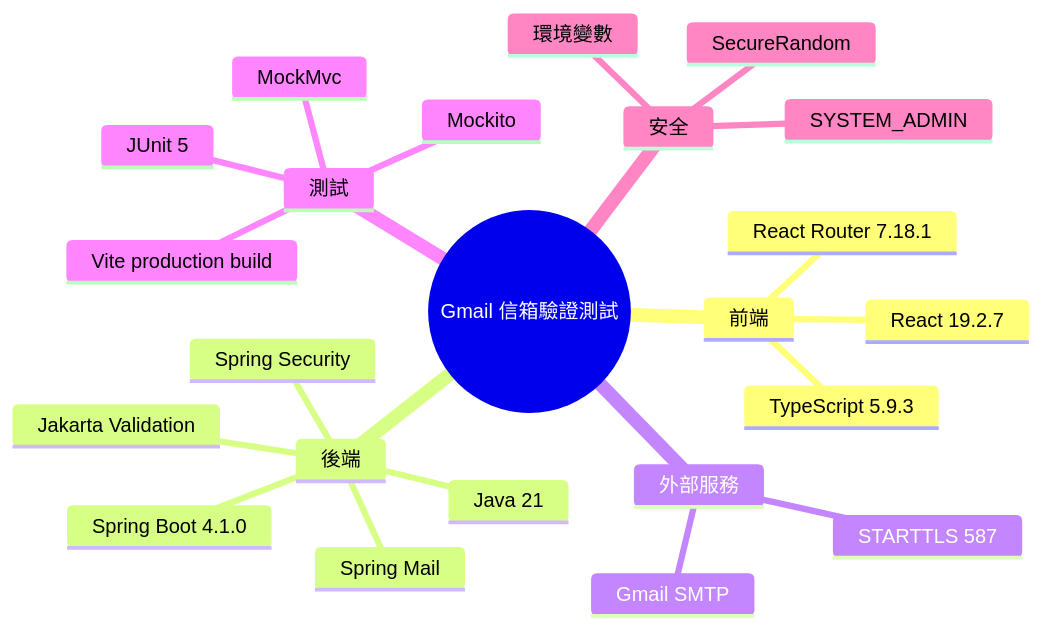
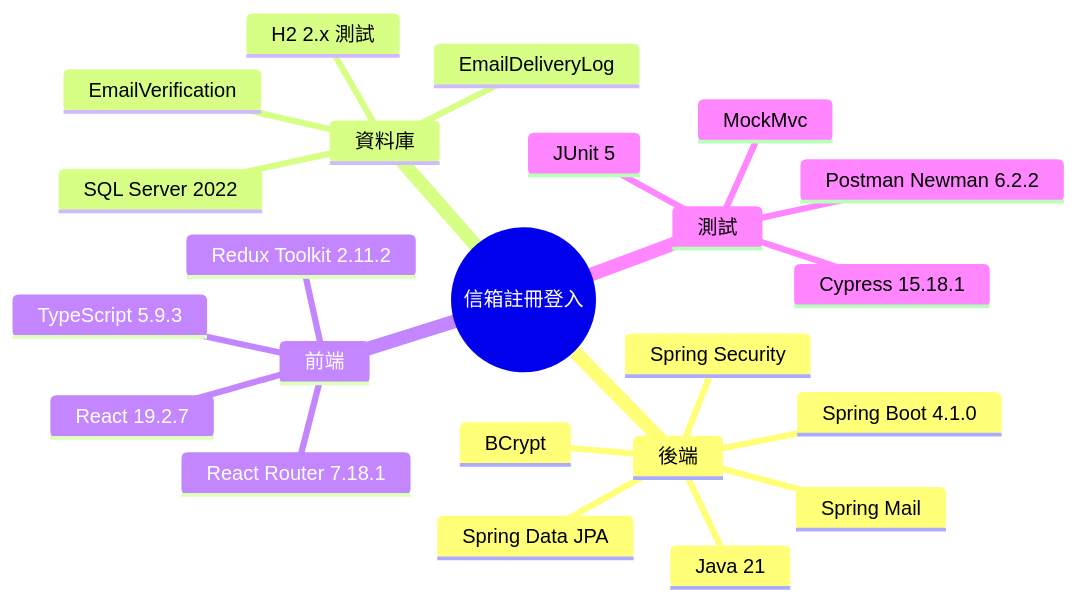
One commit to aloo31124/2026-base changed the diagram in specs/007-gmail-verification-mail/plan.md. Above: the diagram before and after it, drawn with Mermaid. The commit also changed other lines of this file and 43 other files, not shown here.

````diff
--- a/specs/007-gmail-verification-mail/plan.md
+++ b/specs/007-gmail-verification-mail/plan.md
@@ -19,26 +20,26 @@
 ```mermaid
 mindmap
-  root((Gmail 信箱驗證測試))
+  root((信箱註冊登入))
+    後端
+      Java 21
+      Spring Boot 4.1.0
+      Spring Data JPA
+      Spring Security
+      BCrypt
+      Spring Mail
+    資料庫
+      SQL Server 2022
+      H2 2.x 測試
+      EmailVerification
+      EmailDeliveryLog
     前端
       React 19.2.7
       TypeScript 5.9.3
       React Router 7.18.1
-    後端
-      Java 21
-      Spring Boot 4.1.0
-      Spring Mail
-      Jakarta Validation
-      Spring Security
-    外部服務
-      Gmail SMTP
-      STARTTLS 587
+      Redux Toolkit 2.11.2
     測試
       JUnit 5
-      Mockito
       MockMvc
-      Vite production build
-    安全
-      SYSTEM_ADMIN
-      環境變數
-      SecureRandom
+      Postman Newman 6.2.2
+      Cypress 15.18.1
 ```
````
